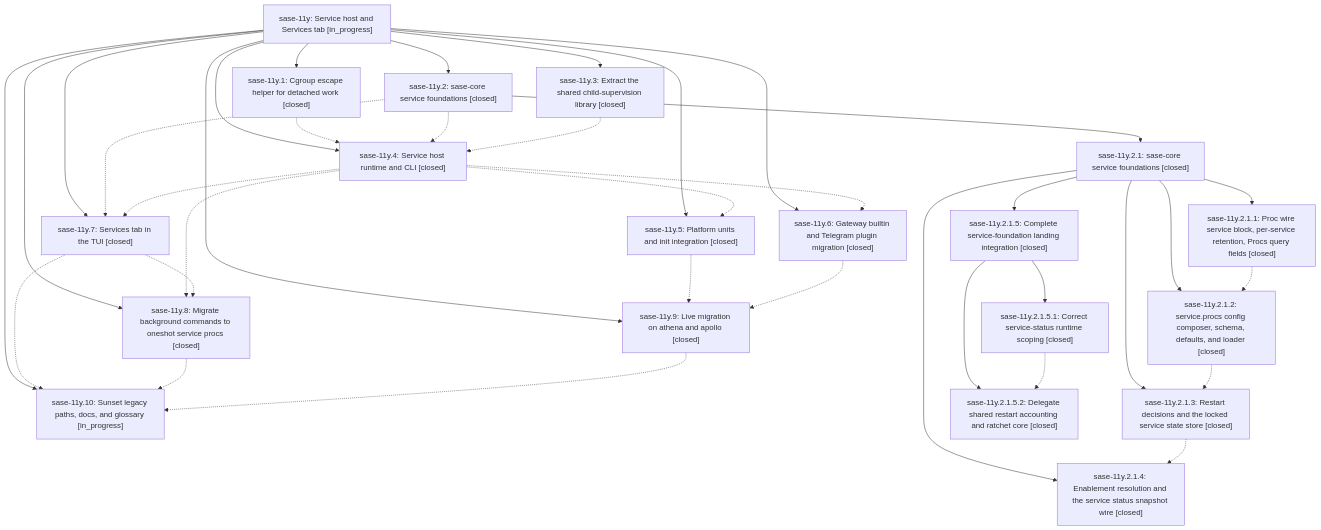
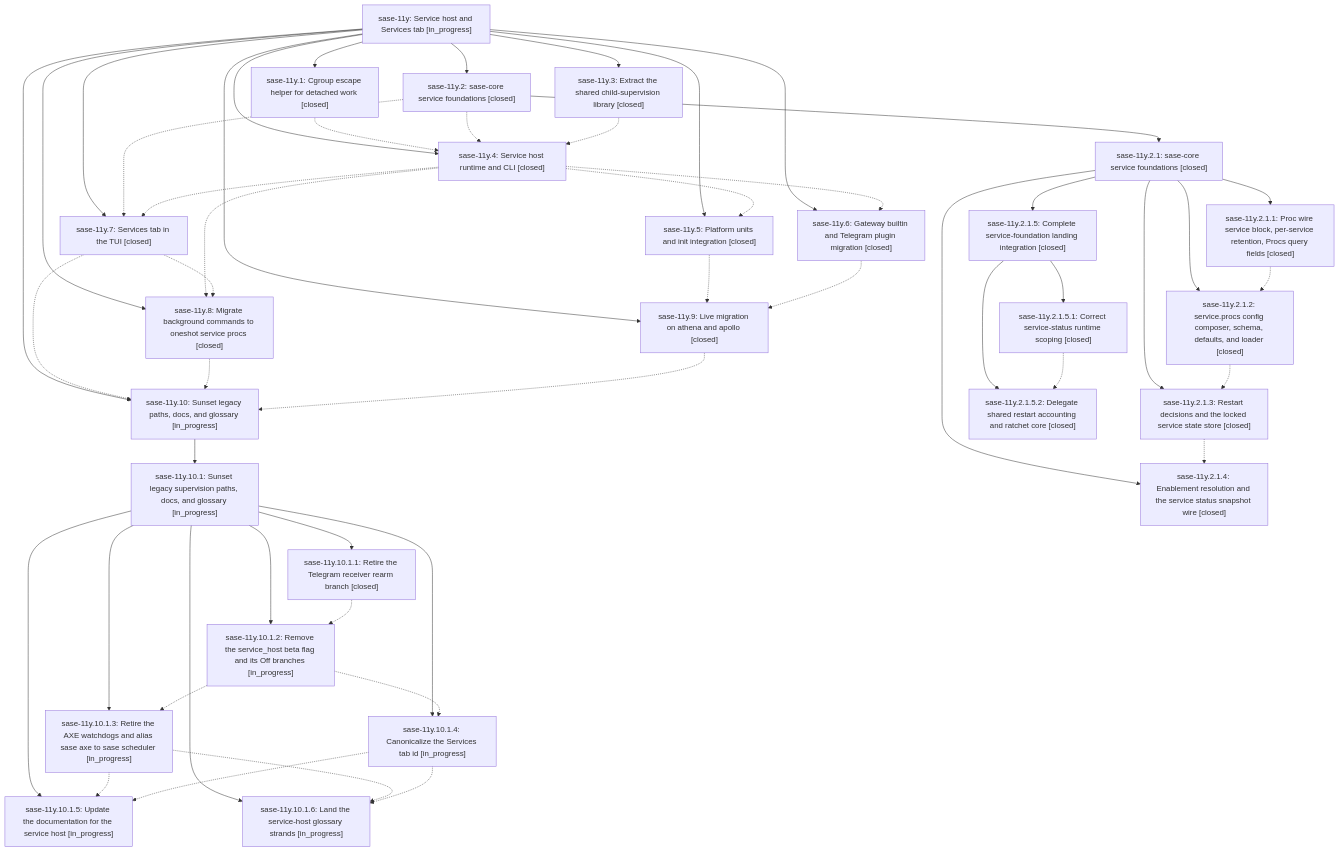
One commit to sase-org/sase--beads changed the diagram in pages/sase-11y/README.md. Above: the diagram before and after it, drawn with Mermaid. The commit also changed other lines of this file and 9 other files, not shown here.

````diff
--- a/pages/sase-11y/README.md
+++ b/pages/sase-11y/README.md
@@ -65,58 +65,79 @@
 ```mermaid
 flowchart TD
     n0["sase-11y: Service host and Services tab [in_progress]"]
     n1["sase-11y.1: Cgroup escape helper for detached work [closed]"]
     n2["sase-11y.10: Sunset legacy paths, docs, and glossary [in_progress]"]
-    n3["sase-11y.2: sase-core service foundations [closed]"]
-    n4["sase-11y.2.1: sase-core service foundations [closed]"]
-    n5["sase-11y.2.1.1: Proc wire service block, per-service retention, Procs query fields [closed]"]
-    n6["sase-11y.2.1.2: service.procs config composer, schema, defaults, and loader [closed]"]
-    n7["sase-11y.2.1.3: Restart decisions and the locked service state store [closed]"]
-    n8["sase-11y.2.1.4: Enablement resolution and the service status snapshot wire [closed]"]
-    n9["sase-11y.2.1.5: Complete service-foundation landing integration [closed]"]
-    n10["sase-11y.2.1.5.1: Correct service-status runtime scoping [closed]"]
-    n11["sase-11y.2.1.5.2: Delegate shared restart accounting and ratchet core [closed]"]
-    n12["sase-11y.3: Extract the shared child-supervision library [closed]"]
-    n13["sase-11y.4: Service host runtime and CLI [closed]"]
-    n14["sase-11y.5: Platform units and init integration [closed]"]
-    n15["sase-11y.6: Gateway builtin and Telegram plugin migration [closed]"]
-    n16["sase-11y.7: Services tab in the TUI [closed]"]
-    n17["sase-11y.8: Migrate background commands to oneshot service procs [closed]"]
-    n18["sase-11y.9: Live migration on athena and apollo [closed]"]
+    n3["sase-11y.10.1: Sunset legacy supervision paths, docs, and glossary [in_progress]"]
+    n4["sase-11y.10.1.1: Retire the Telegram receiver rearm branch [closed]"]
+    n5["sase-11y.10.1.2: Remove the service_host beta flag and its Off branches [in_progress]"]
+    n6["sase-11y.10.1.3: Retire the AXE watchdogs and alias sase axe to sase scheduler [in_progress]"]
+    n7["sase-11y.10.1.4: Canonicalize the Services tab id [in_progress]"]
+    n8["sase-11y.10.1.5: Update the documentation for the service host [in_progress]"]
+    n9["sase-11y.10.1.6: Land the service-host glossary strands [in_progress]"]
+    n10["sase-11y.2: sase-core service foundations [closed]"]
+    n11["sase-11y.2.1: sase-core service foundations [closed]"]
+    n12["sase-11y.2.1.1: Proc wire service block, per-service retention, Procs query fields [closed]"]
+    n13["sase-11y.2.1.2: service.procs config composer, schema, defaults, and loader [closed]"]
+    n14["sase-11y.2.1.3: Restart decisions and the locked service state store [closed]"]
+    n15["sase-11y.2.1.4: Enablement resolution and the service status snapshot wire [closed]"]
+    n16["sase-11y.2.1.5: Complete service-foundation landing integration [closed]"]
+    n17["sase-11y.2.1.5.1: Correct service-status runtime scoping [closed]"]
+    n18["sase-11y.2.1.5.2: Delegate shared restart accounting and ratchet core [closed]"]
+    n19["sase-11y.3: Extract the shared child-supervision library [closed]"]
+    n20["sase-11y.4: Service host runtime and CLI [closed]"]
+    n21["sase-11y.5: Platform units and init integration [closed]"]
+    n22["sase-11y.6: Gateway builtin and Telegram plugin migration [closed]"]
+    n23["sase-11y.7: Services tab in the TUI [closed]"]
+    n24["sase-11y.8: Migrate background commands to oneshot service procs [closed]"]
+    n25["sase-11y.9: Live migration on athena and apollo [closed]"]
     n0 --> n1
     n0 --> n2
-    n0 --> n3
+    n2 --> n3
     n3 --> n4
-    n4 --> n5
-    n4 --> n6
-    n4 --> n7
-    n4 --> n8
-    n4 --> n9
-    n9 --> n10
-    n9 --> n11
-    n0 --> n12
-    n0 --> n13
-    n0 --> n14
-    n0 --> n15
-    n0 --> n16
-    n0 --> n17
-    n0 --> n18
-    n1 -.-> n13
-    n3 -.-> n13
-    n3 -.-> n16
+    n3 --> n5
+    n3 --> n6
+    n3 --> n7
+    n3 --> n8
+    n3 --> n9
+    n0 --> n10
+    n10 --> n11
+    n11 --> n12
+    n11 --> n13
+    n11 --> n14
+    n11 --> n15
+    n11 --> n16
+    n16 --> n17
+    n16 --> n18
+    n0 --> n19
+    n0 --> n20
+    n0 --> n21
+    n0 --> n22
+    n0 --> n23
+    n0 --> n24
+    n0 --> n25
+    n1 -.-> n20
+    n4 -.-> n5
     n5 -.-> n6
-    n6 -.-> n7
+    n5 -.-> n7
+    n6 -.-> n8
+    n6 -.-> n9
     n7 -.-> n8
-    n10 -.-> n11
+    n7 -.-> n9
+    n10 -.-> n20
+    n10 -.-> n23
     n12 -.-> n13
     n13 -.-> n14
-    n13 -.-> n15
-    n13 -.-> n16
-    n13 -.-> n17
-    n14 -.-> n18
-    n15 -.-> n18
-    n16 -.-> n2
-    n16 -.-> n17
-    n17 -.-> n2
-    n18 -.-> n2
+    n14 -.-> n15
+    n17 -.-> n18
+    n19 -.-> n20
+    n20 -.-> n21
+    n20 -.-> n22
+    n20 -.-> n23
+    n20 -.-> n24
+    n21 -.-> n25
+    n22 -.-> n25
+    n23 -.-> n2
+    n23 -.-> n24
+    n24 -.-> n2
+    n25 -.-> n2
 ```
````
